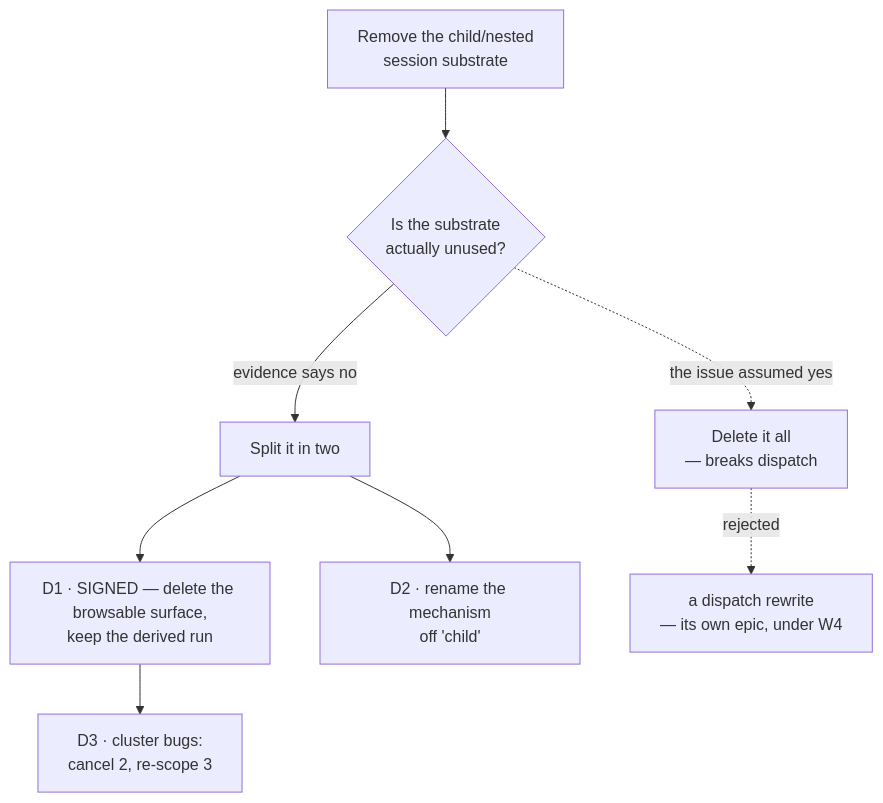
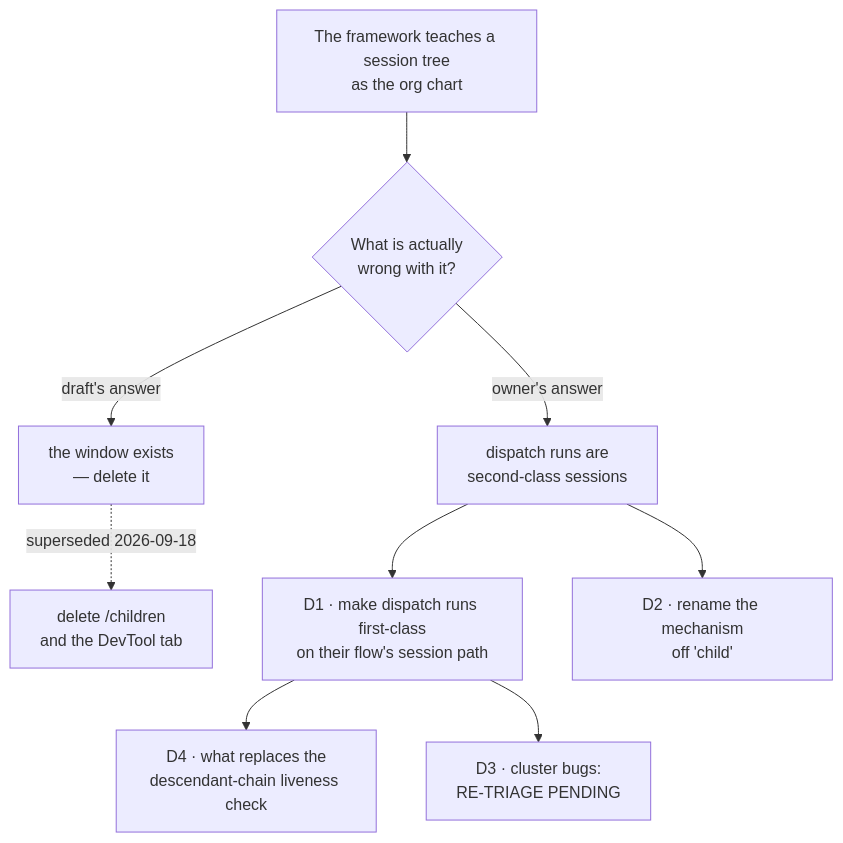
Before and after one commit to fixpoint-labs/flow-state-dev: the diagram in spec/FIX-1440/DECISIONS.md, drawn with Mermaid. The commit also changed other lines of this file and 3 other files, not shown here.

````diff
--- a/spec/FIX-1440/DECISIONS.md
+++ b/spec/FIX-1440/DECISIONS.md
@@ -3,10 +3,11 @@
 ```mermaid
 flowchart TD
-  I["Remove the child/nested<br/>session substrate"] --> Q{"Is the substrate<br/>actually unused?"}
-  Q -->|"evidence says no"| S["Split it in two"]
-  Q -.->|"the issue assumed yes"| X["Delete it all<br/>— breaks dispatch"]
-  S --> D1["D1 · SIGNED — delete the browsable surface,<br/>keep the derived run"]
+  I["The framework teaches a session tree<br/>as the org chart"] --> Q{"What is actually<br/>wrong with it?"}
+  Q -->|"draft's answer"| X["the window exists<br/>— delete it"]
+  Q -->|"owner's answer"| S["dispatch runs are<br/>second-class sessions"]
+  X -.->|"superseded 2026-09-18"| Z["delete /children<br/>and the DevTool tab"]
+  S --> D1["D1 · make dispatch runs first-class<br/>on their flow's session path"]
   S --> D2["D2 · rename the mechanism<br/>off 'child'"]
-  D1 --> D3["D3 · cluster bugs:<br/>cancel 2, re-scope 3"]
-  X -.->|"rejected"| W["a dispatch rewrite<br/>— its own epic, under W4"]
+  D1 --> D4["D4 · what replaces the<br/>descendant-chain liveness check"]
+  D1 --> D3["D3 · cluster bugs:<br/>RE-TRIAGE PENDING"]
 ```
````
